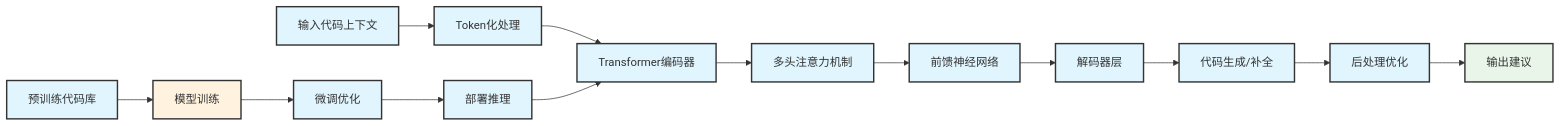
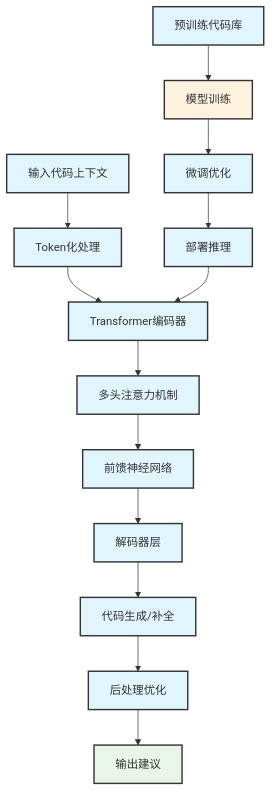
One commit to Coldplay-now/ai-ide-guide-core changed the first of 5 diagrams in docs/chapters/02-ai-ide-technology-overview.md. Above: the diagram before and after it, drawn with Mermaid. The commit also changed other lines of this file and 27 other files, not shown here.

````diff
--- a/docs/chapters/02-ai-ide-technology-overview.md
+++ b/docs/chapters/02-ai-ide-technology-overview.md
@@ -15,23 +15,23 @@
 ```mermaid
-graph LR
+graph TB
     A[输入代码上下文] --> B[Token化处理]
     B --> C[Transformer编码器]
     C --> D[多头注意力机制]
     D --> E[前馈神经网络]
     E --> F[解码器层]
     F --> G[代码生成/补全]
     G --> H[后处理优化]
     H --> I[输出建议]
     J[预训练代码库] --> K[模型训练]
     K --> L[微调优化]
     L --> M[部署推理]
     M --> C
     style A fill:#e1f5fe
     style I fill:#e8f5e8
     style K fill:#fff3e0
 %% Standard styling
 classDef default fill:#e1f5fe,stroke:#333,stroke-width:2px
 classDef highlight fill:#bbdefb,stroke:#333,stroke-width:3px
 classDef process fill:#90caf9,stroke:#333,stroke-width:2px
 classDef decision fill:#64b5f6,stroke:#333,stroke-width:2px
 ```
````
